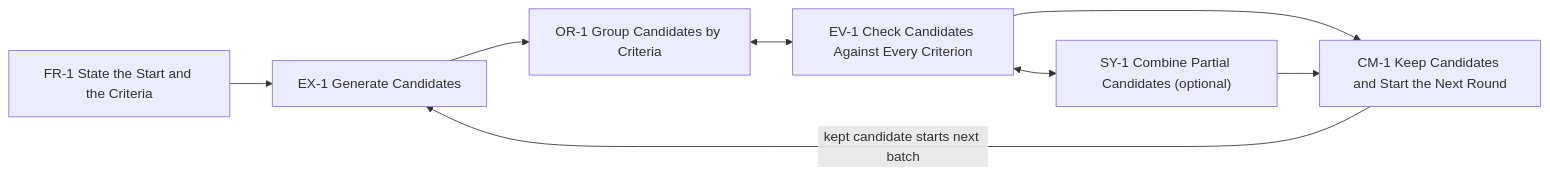
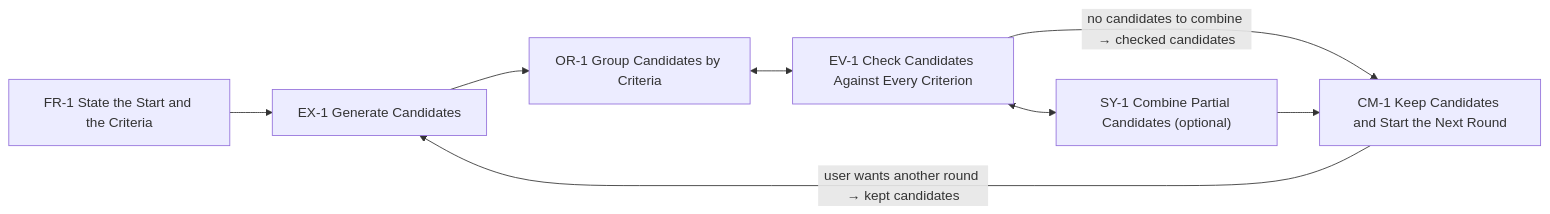
One commit to ucla-hci/interaction-design-patterns changed the diagram in pattern-language/patterns/WF-A.md. Above: the diagram before and after it, drawn with Mermaid. The commit also changed 5 other files, not shown here.

Commit message:
10/13: workflow diagrams — muted colors, labeled loop-back and branch edges

````diff
--- a/pattern-language/patterns/WF-A.md
+++ b/pattern-language/patterns/WF-A.md
@@ -18,10 +18,10 @@
 ```mermaid
 flowchart LR
 FR1["FR-1 State the Start and the Criteria"] --> EX1["EX-1 Generate Candidates"]
 EX1 --> OR1["OR-1 Group Candidates by Criteria"]
 OR1 <--> EV1["EV-1 Check Candidates Against Every Criterion"]
 EV1 <--> SY1["SY-1 Combine Partial Candidates (optional)"]
-EV1 --> CM1["CM-1 Keep Candidates and Start the Next Round"]
+EV1 -- "no candidates to combine → checked candidates" --> CM1["CM-1 Keep Candidates and Start the Next Round"]
 SY1 --> CM1
-CM1 -- "kept candidate starts next batch" --> EX1
+CM1 -- "user wants another round → kept candidates" --> EX1
 ```
````
